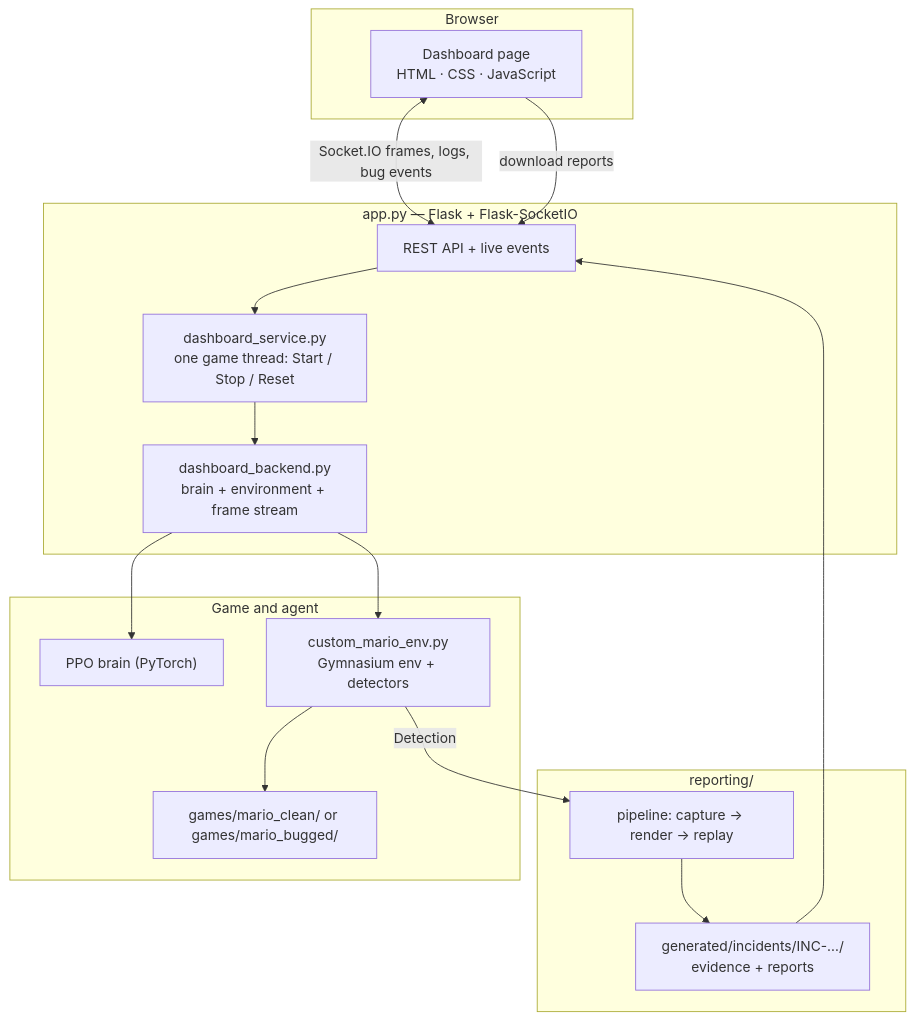
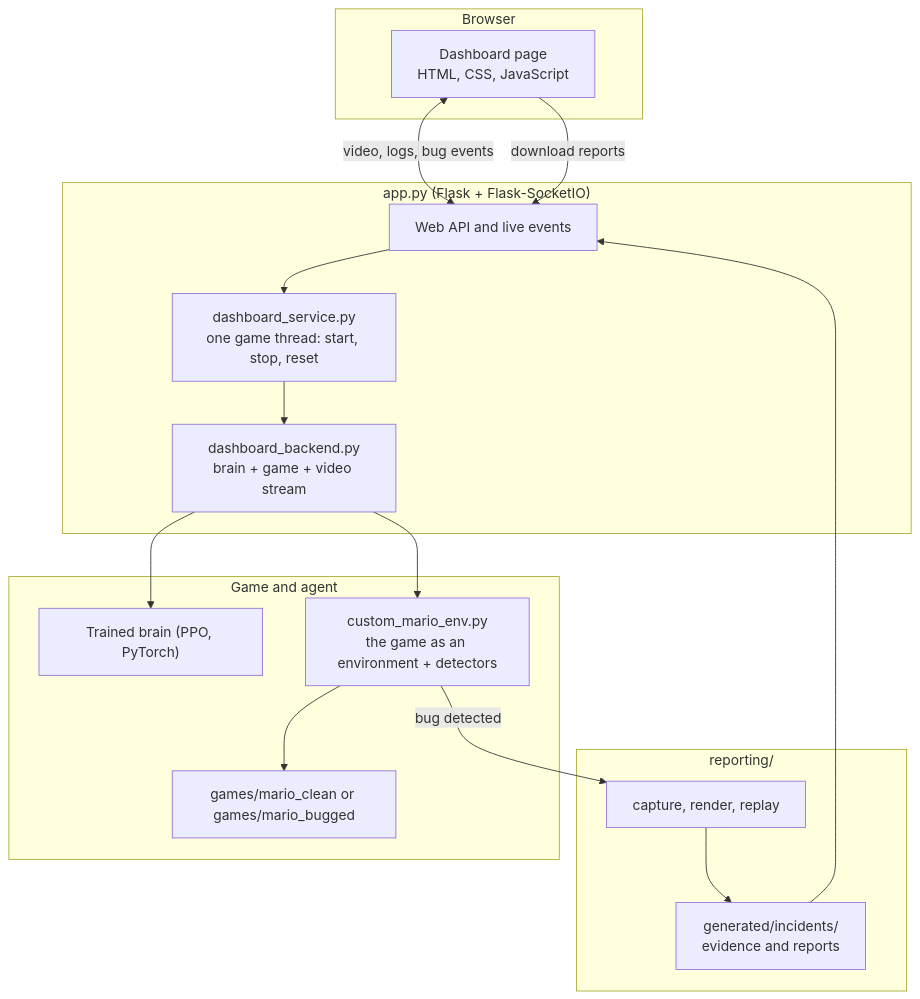
One commit to TanmaySingh2711/glitch_hunter_project changed the diagram in README.md. Above: the diagram before and after it, drawn with Mermaid. The commit also changed other lines of this file and 2 other files, not shown here.

````diff
--- a/README.md
+++ b/README.md
@@ -203,27 +135,27 @@
 ```mermaid
 flowchart TD
     subgraph Browser
-        UI["Dashboard page<br/>HTML · CSS · JavaScript"]
+        UI["Dashboard page<br/>HTML, CSS, JavaScript"]
     end
-    subgraph Server["app.py — Flask + Flask-SocketIO"]
-        API["REST API + live events"]
-        SVC["dashboard_service.py<br/>one game thread: Start / Stop / Reset"]
-        BACK["dashboard_backend.py<br/>brain + environment + frame stream"]
+    subgraph Server["app.py (Flask + Flask-SocketIO)"]
+        API["Web API and live events"]
+        SVC["dashboard_service.py<br/>one game thread: start, stop, reset"]
+        BACK["dashboard_backend.py<br/>brain + game + video stream"]
     end
     subgraph Game["Game and agent"]
-        ENV["custom_mario_env.py<br/>Gymnasium env + detectors"]
-        VAR["games/mario_clean/ or games/mario_bugged/"]
-        BRAIN["PPO brain (PyTorch)"]
+        ENV["custom_mario_env.py<br/>the game as an environment + detectors"]
+        VAR["games/mario_clean or games/mario_bugged"]
+        BRAIN["Trained brain (PPO, PyTorch)"]
     end
     subgraph Reporting["reporting/"]
-        PIPE["pipeline: capture → render → replay"]
-        STORE["generated/incidents/INC-…/<br/>evidence + reports"]
+        PIPE["capture, render, replay"]
+        STORE["generated/incidents/<br/>evidence and reports"]
     end
-    UI <-->|Socket.IO frames, logs, bug events| API
+    UI <-->|video, logs, bug events| API
     UI -->|download reports| API
     API --> SVC --> BACK
     BACK --> BRAIN
     BACK --> ENV --> VAR
-    ENV -->|Detection| PIPE --> STORE
+    ENV -->|bug detected| PIPE --> STORE
     STORE --> API
 ```
````
